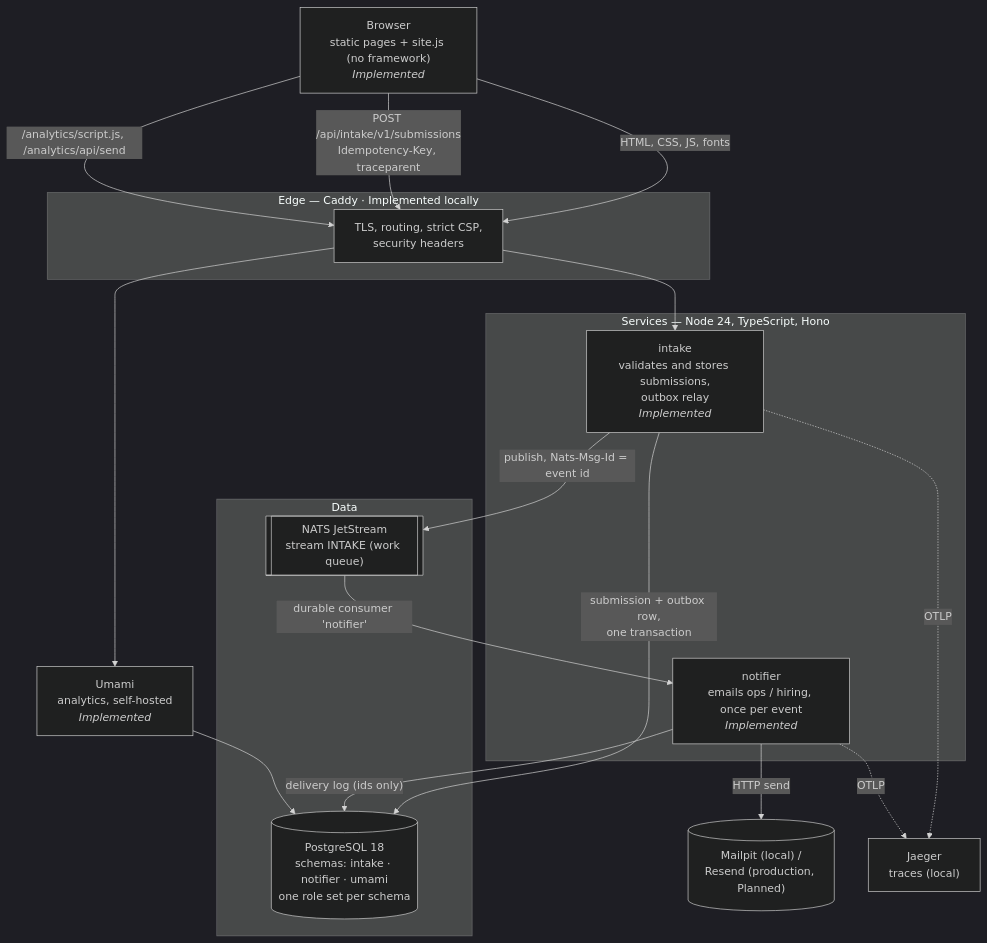
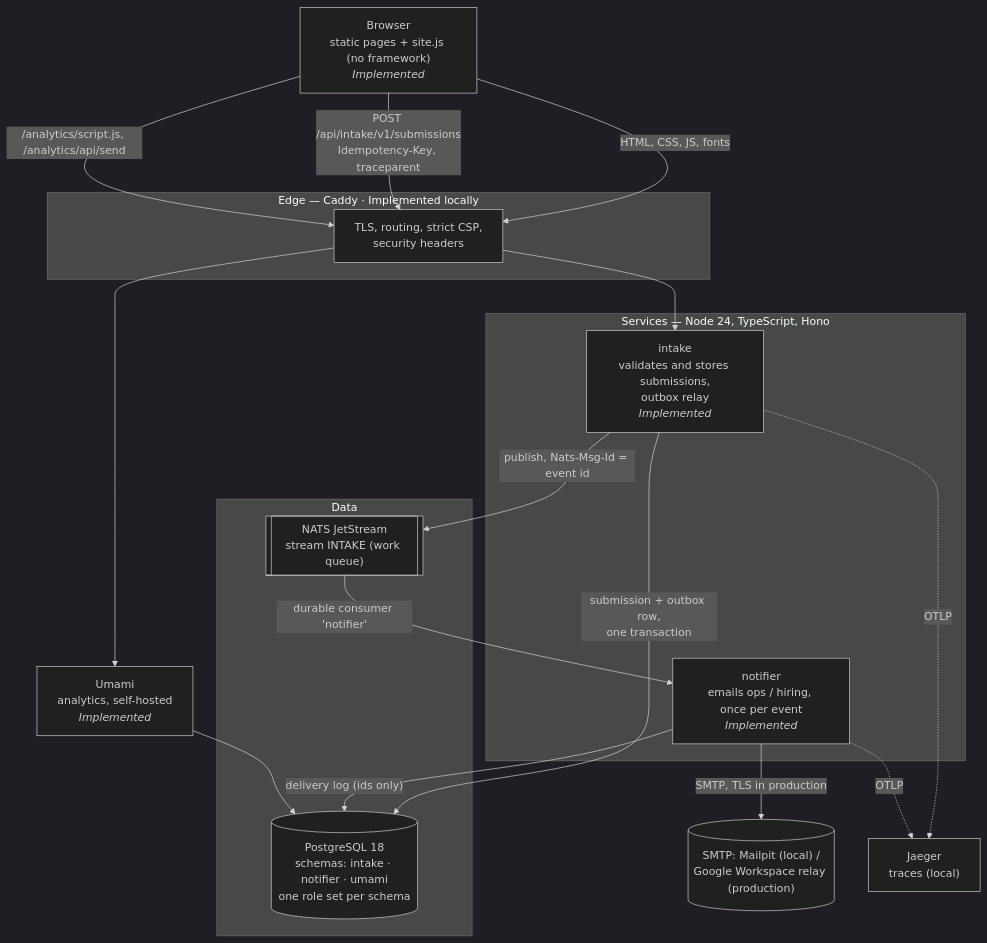
The second of 4 diagrams in docs/architecture/overview.md (angritsay/eunice-site), drawn with Mermaid (dark theme) before and after one commit. The commit also changed other lines of this file and 22 other files, not shown here.

First line of the commit message:
P5a · Email over SMTP to Google Workspace: no new vendor for go-live (#18)

````diff
--- a/docs/architecture/overview.md
+++ b/docs/architecture/overview.md
@@ -38,36 +38,36 @@
 ```mermaid
 flowchart TB
   browser["Browser<br/>static pages + site.js (no framework)<br/><i>Implemented</i>"]
 
   subgraph edge["Edge — Caddy · Implemented locally"]
     caddy["TLS, routing, strict CSP,<br/>security headers"]
   end
 
   subgraph svc["Services — Node 24, TypeScript, Hono"]
     intake["intake<br/>validates and stores submissions,<br/>outbox relay<br/><i>Implemented</i>"]
     notifier["notifier<br/>emails ops / hiring, once per event<br/><i>Implemented</i>"]
   end
 
   subgraph data["Data"]
     pg[("PostgreSQL 18<br/>schemas: intake · notifier · umami<br/>one role set per schema")]
     nats[["NATS JetStream<br/>stream INTAKE (work queue)"]]
   end
 
   umami["Umami<br/>analytics, self-hosted<br/><i>Implemented</i>"]
-  mailer[("Mailpit (local) /<br/>Resend (production, Planned)")]
+  mailer[("SMTP: Mailpit (local) /<br/>Google Workspace relay (production)")]
   jaeger["Jaeger<br/>traces (local)"]
 
   browser -- "HTML, CSS, JS, fonts" --> caddy
   browser -- "POST /api/intake/v1/submissions<br/>Idempotency-Key, traceparent" --> caddy
   browser -- "/analytics/script.js, /analytics/api/send" --> caddy
   caddy --> intake
   caddy --> umami
   intake -- "submission + outbox row,<br/>one transaction" --> pg
   intake -- "publish, Nats-Msg-Id = event id" --> nats
   nats -- "durable consumer 'notifier'" --> notifier
   notifier -- "delivery log (ids only)" --> pg
-  notifier -- "HTTP send" --> mailer
+  notifier -- "SMTP, TLS in production" --> mailer
   umami --> pg
   intake -. "OTLP" .-> jaeger
   notifier -. "OTLP" .-> jaeger
 ```
````
